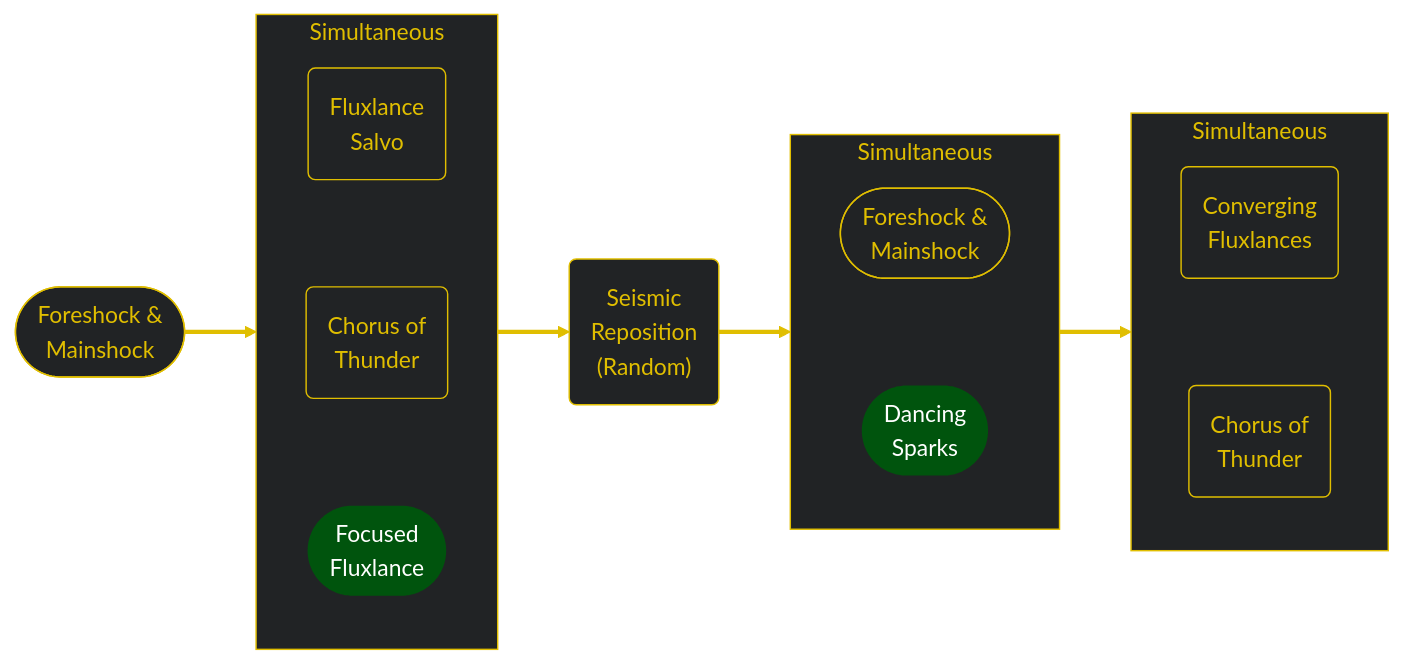
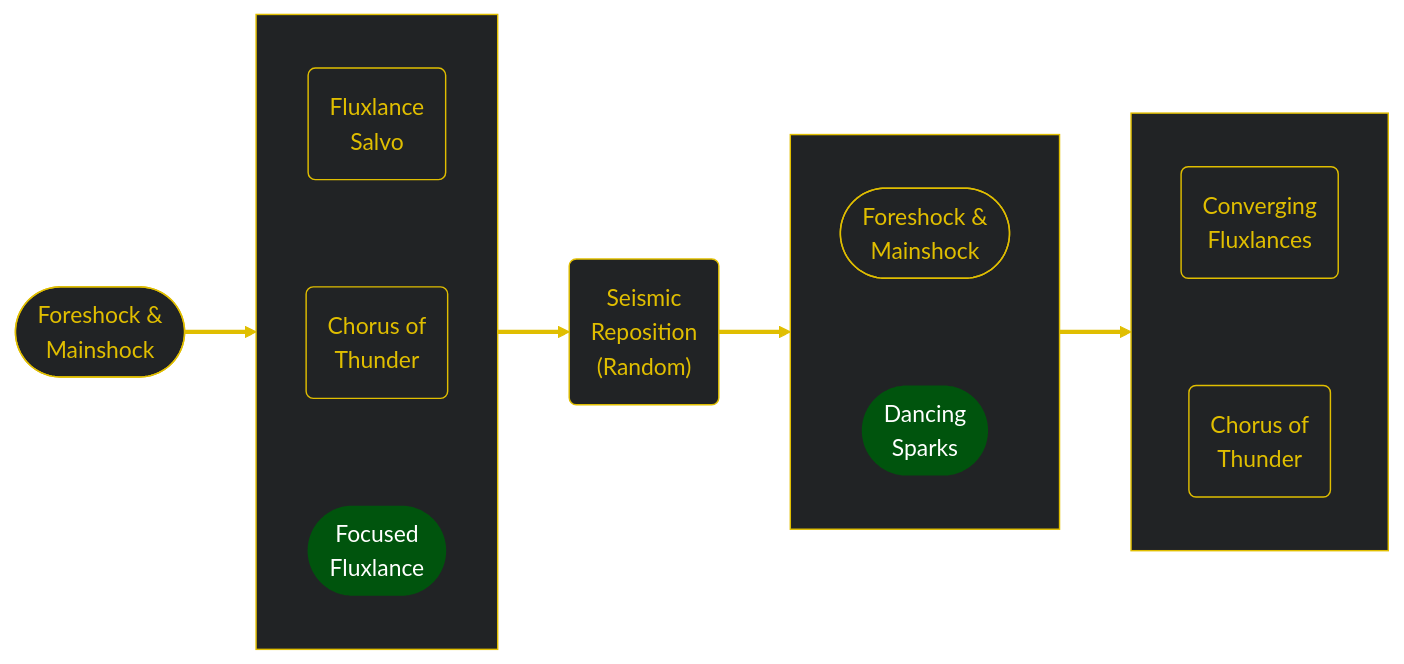
One commit to SilverHalf/mount-balrior changed the fifth of 5 diagrams in decima/mechanics.md. Above: the diagram before and after it, drawn with Mermaid. The commit also changed other lines of this file and 1 other file, not shown here.

````diff
--- a/decima/mechanics.md
+++ b/decima/mechanics.md
@@ -490,60 +341,60 @@
 ```mermaid
 flowchart LR
     %%{init: {'themeVariables': { 'edgeLabelBackground': 'transparent'}}}%%
     classDef link stroke:#e0be00,stroke-width:3px,color:#e0be00,font-size:13px,background-color:#212325
     classDef invis fill:#212325,stroke:#212325,color:#212325
     classDef purple fill:#654d86,stroke-width:0,color:#e0be00
     classDef green fill:#00540d,stroke-width:0,color:#fff
     classDef blue fill:#0072c9,stroke-width:0,color:#fff
     classDef default fill:#212325,stroke:#e0be00,color:#e0be00
 
     shocks(["`Foreshock &
     Mainshock`"])
-    subgraph arrows1 [Simultaneous]
+    subgraph arrows1 [ ]
         direction TB
         flux1("`Fluxlance
         Salvo`")
         chorus1("`Chorus of
         Thunder`")
         focused(["`Focused
         Fluxlance`"]):::green
     end
     move("`Seismic
     Reposition
     (Random)`")
-    subgraph graph1 [Simultaneous]
+    subgraph graph1 [ ]
         shocks2(["`Foreshock &
         Mainshock`"])
         greens(["`Dancing
         Sparks`"]):::green
     end
-    subgraph arrows2 [Simultaneous]
+    subgraph arrows2 [ ]
         direction TB
         flux2("`Converging
         Fluxlances`")
         chorus2("`Chorus of
         Thunder`")
     end
     
     click move "#seismic-crash"
     click shocks "#foreshock--mainshock"
     click shocks2 "#foreshock--mainshock"
     click flux1 "#fluxlance-salvo"
     click chorus1 "#chorus-of-thunder"
     click flux2 "#converging-fluxlances"
     click chorus2 "#chorus-of-thunder"
     click greens "#dancing-sparks"
     click focused "#focused-fluxlance"
 
     shocks l1@--> arrows1
     flux1 ~~~ chorus1
     chorus1 ~~~ focused
     arrows1 l2@--> move
     move l3@--> graph1
     shocks2 ~~~ greens
     graph1 l5@--> arrows2
     flux2 ~~~ chorus2
 
     class arrows1,arrows2,graph1 default
     class l0,l1,l2,l3,l4,l5,l6 link
 ```
````
